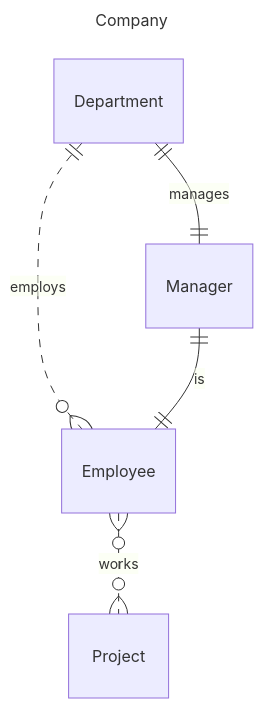
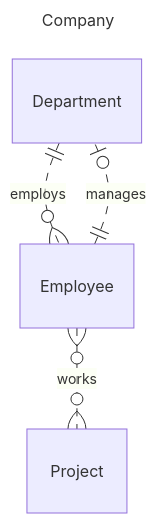
One commit to thanh-ha-nguyen/hh-SOF001AS2AE-3012 changed the second of 7 diagrams in README.md. Above: the diagram before and after it, drawn with Mermaid.

Commit message:
Correct relationship between Department and Employee in Task 4.

````diff
--- a/README.md
+++ b/README.md
@@ -47,11 +47,10 @@
 ```mermaid
 ---
 title: Company
 ---
 erDiagram
   direction TB
   Department one optionally to many Employee : employs
-  Department one to one Manager : manages
-  Manager one to one Employee : is
+  Employee one optionally to zero or one Department : manages
   Employee many optionally to many Project : works
 ```
````
